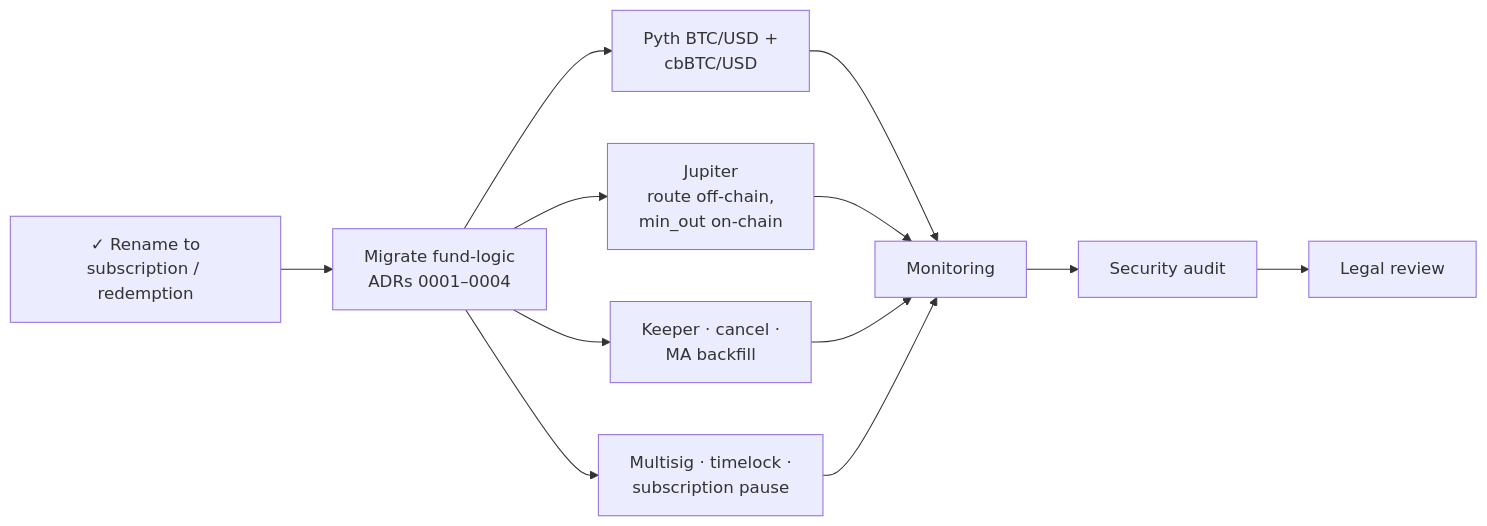
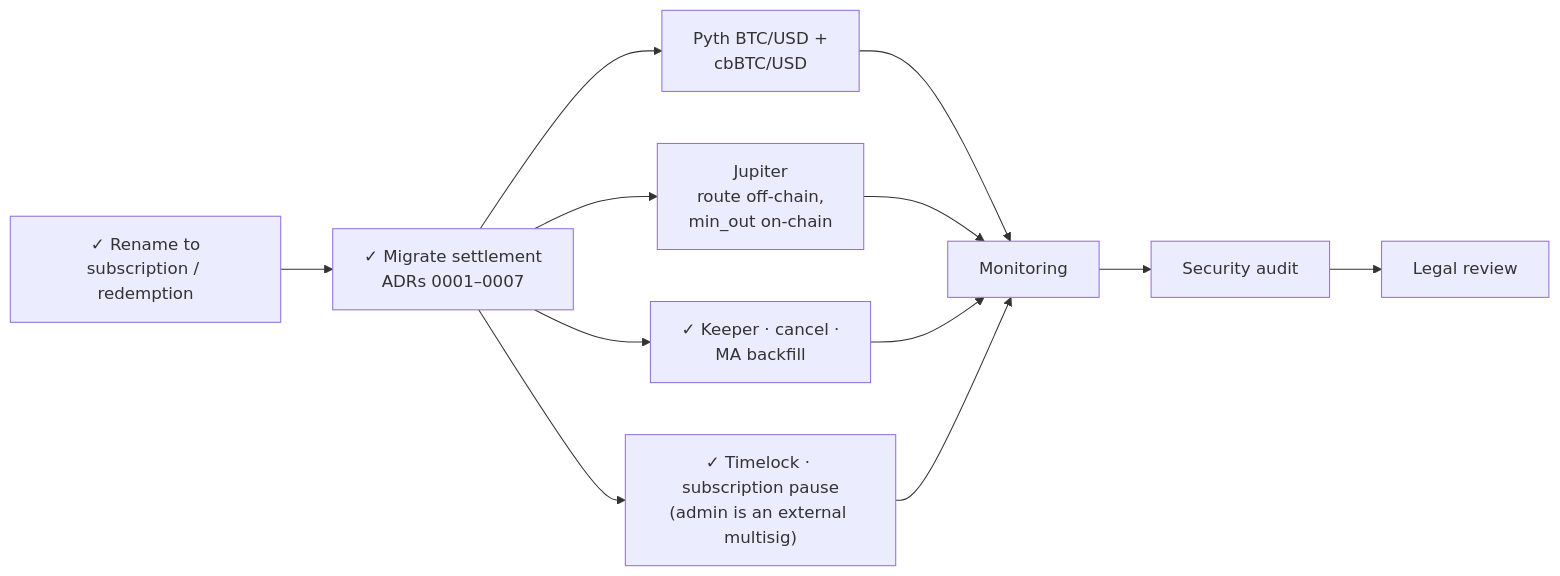
One commit to 0xnex/tide changed diagram 14 of 14 in README.md. Above: the diagram before and after it, drawn with Mermaid. The commit also changed other lines of this file and 7 other files, not shown here.

````diff
--- a/README.md
+++ b/README.md
@@ -319,8 +323,8 @@
 ```mermaid
 flowchart LR
-  A["✓ Rename to<br/>subscription / redemption"] --> B["Migrate fund-logic<br/>ADRs 0001–0004"]
+  A["✓ Rename to<br/>subscription / redemption"] --> B["✓ Migrate settlement<br/>ADRs 0001–0007"]
   B --> C["Pyth BTC/USD +<br/>cbBTC/USD"] & D["Jupiter<br/>route off-chain,<br/>min_out on-chain"]
-  B --> E["Keeper · cancel ·<br/>MA backfill"]
-  B --> F["Multisig · timelock ·<br/>subscription pause"]
+  B --> E["✓ Keeper · cancel ·<br/>MA backfill"]
+  B --> F["✓ Timelock · subscription pause<br/>(admin is an external multisig)"]
   C & D & E & F --> G["Monitoring"] --> H["Security audit"] --> I["Legal review"]
 ```
````
